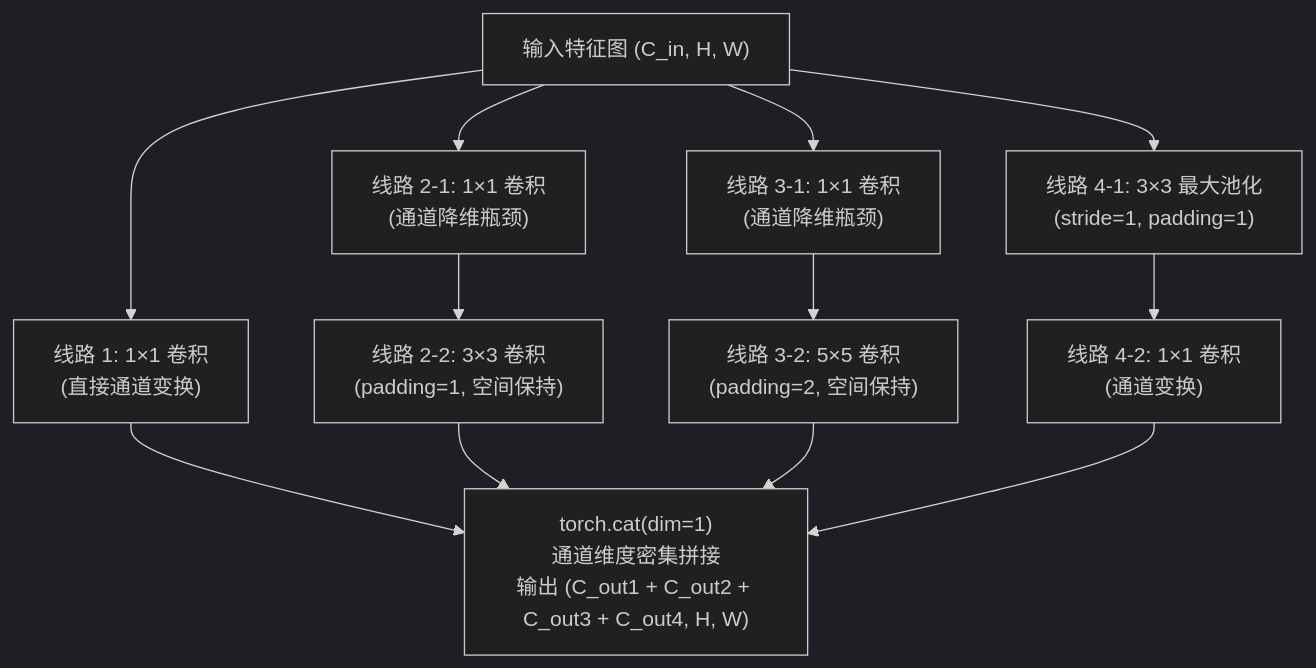
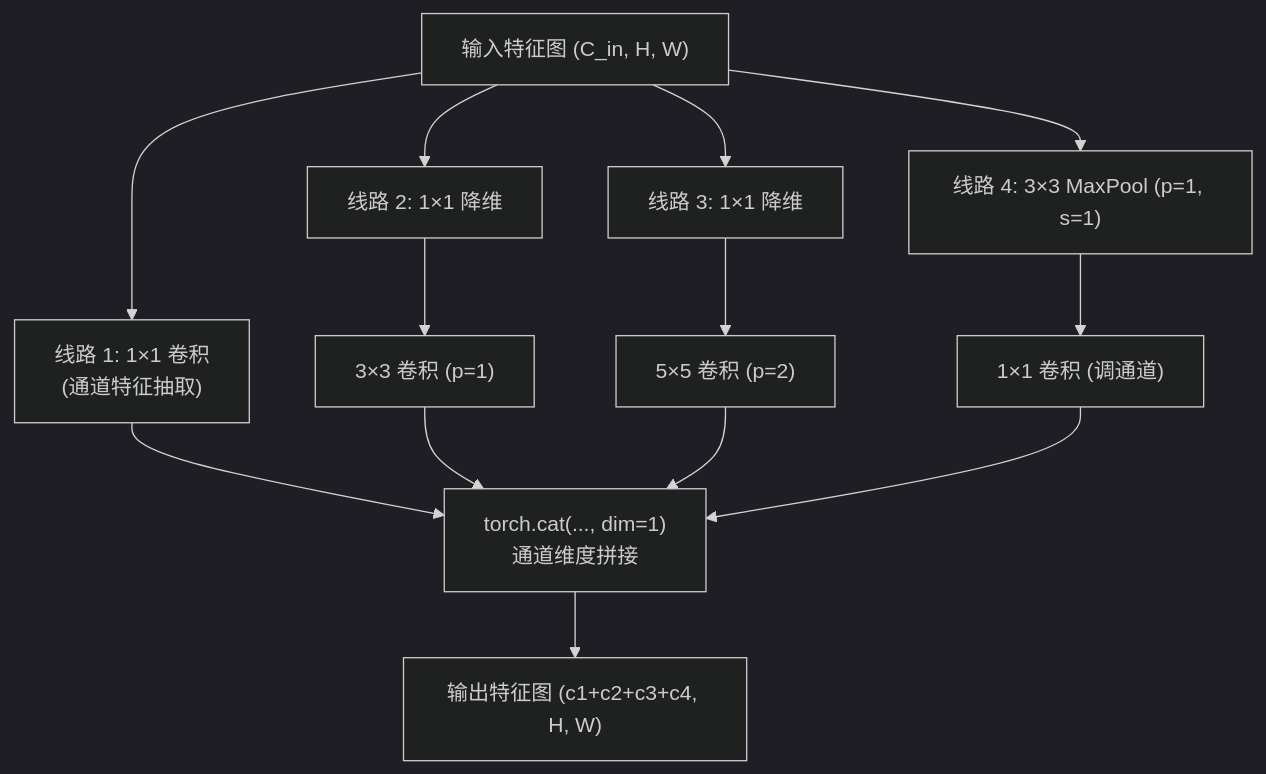
One commit to X-Hang7597/Obsidian-Notes changed the diagram in 动手学深度学习/现代卷积神经网络/7.4 含并行连结的网络（GoogLeNet）.md. Above: the diagram before and after it, drawn with Mermaid (dark theme). The commit also changed other lines of this file and 84 other files, not shown here.

````diff
--- a/动手学深度学习/现代卷积神经网络/7.4 含并行连结的网络（GoogLeNet）.md
+++ b/动手学深度学习/现代卷积神经网络/7.4 含并行连结的网络（GoogLeNet）.md
@@ -26,17 +83,17 @@
 ```mermaid
 flowchart TD
-    In["输入特征图 (C_in, H, W)"]
-    
-    In --> Path1["线路 1: 1×1 卷积<br/>(直接通道变换)"]
-    
-    In --> Path2_1["线路 2-1: 1×1 卷积<br/>(通道降维瓶颈)"]
-    Path2_1 --> Path2_2["线路 2-2: 3×3 卷积<br/>(padding=1, 空间保持)"]
-    
-    In --> Path3_1["线路 3-1: 1×1 卷积<br/>(通道降维瓶颈)"]
-    Path3_1 --> Path3_2["线路 3-2: 5×5 卷积<br/>(padding=2, 空间保持)"]
-    
-    In --> Path4_1["线路 4-1: 3×3 最大池化<br/>(stride=1, padding=1)"]
-    Path4_1 --> Path4_2["线路 4-2: 1×1 卷积<br/>(通道变换)"]
-    
-    Path1 & Path2_2 & Path3_2 & Path4_2 --> Concat["torch.cat(dim=1)<br/>通道维度密集拼接<br/>输出 (C_out1 + C_out2 + C_out3 + C_out4, H, W)"]
+    In["输入特征图 (C_in, H, W)"] --> Branch1["线路 1: 1×1 卷积<br/>(通道特征抽取)"]
+    In --> Branch2_1["线路 2: 1×1 降维"]
+    In --> Branch3_1["线路 3: 1×1 降维"]
+    In --> Branch4_1["线路 4: 3×3 MaxPool (p=1, s=1)"]
+
+    Branch2_1 --> Branch2_2["3×3 卷积 (p=1)"]
+    Branch3_1 --> Branch3_2["5×5 卷积 (p=2)"]
+    Branch4_1 --> Branch4_2["1×1 卷积 (调通道)"]
+
+    Branch1 --> Concat["torch.cat(..., dim=1)<br/>通道维度拼接"]
+    Branch2_2 --> Concat
+    Branch3_2 --> Concat
+    Branch4_2 --> Concat
+    Concat --> Out["输出特征图 (c1+c2+c3+c4, H, W)"]
 ```
````
